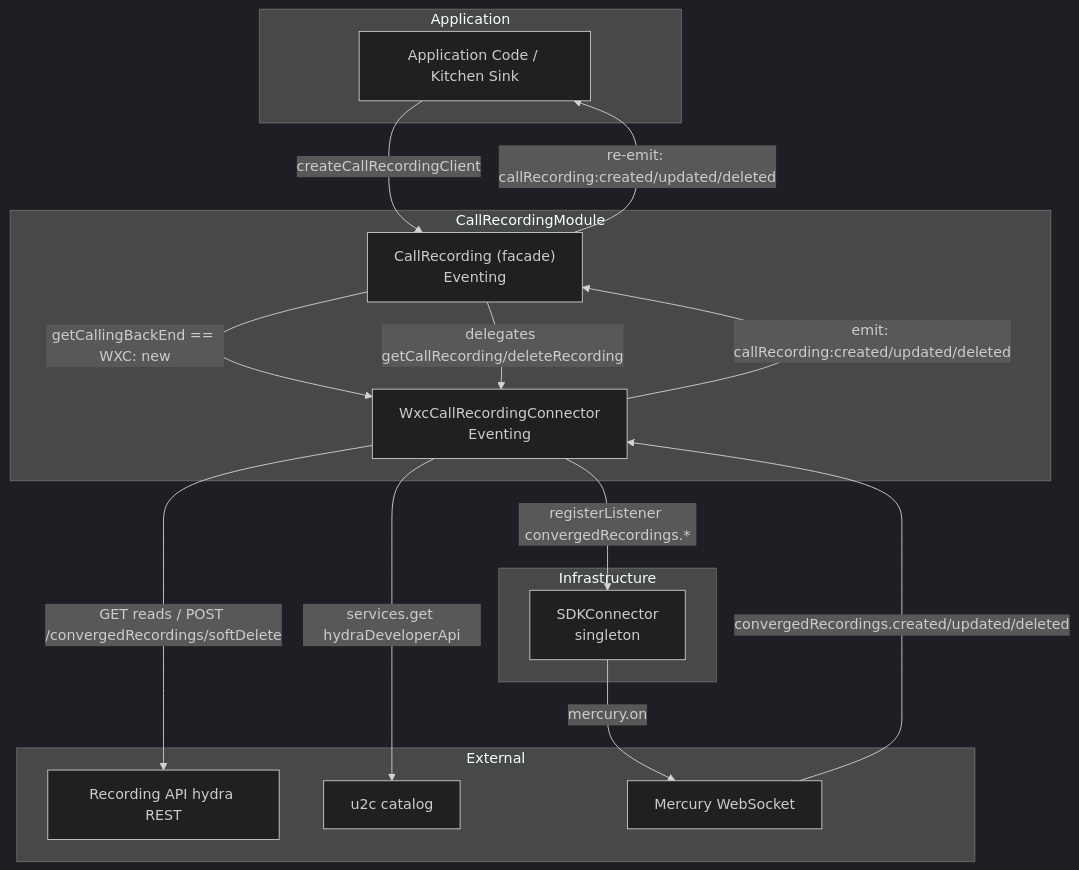
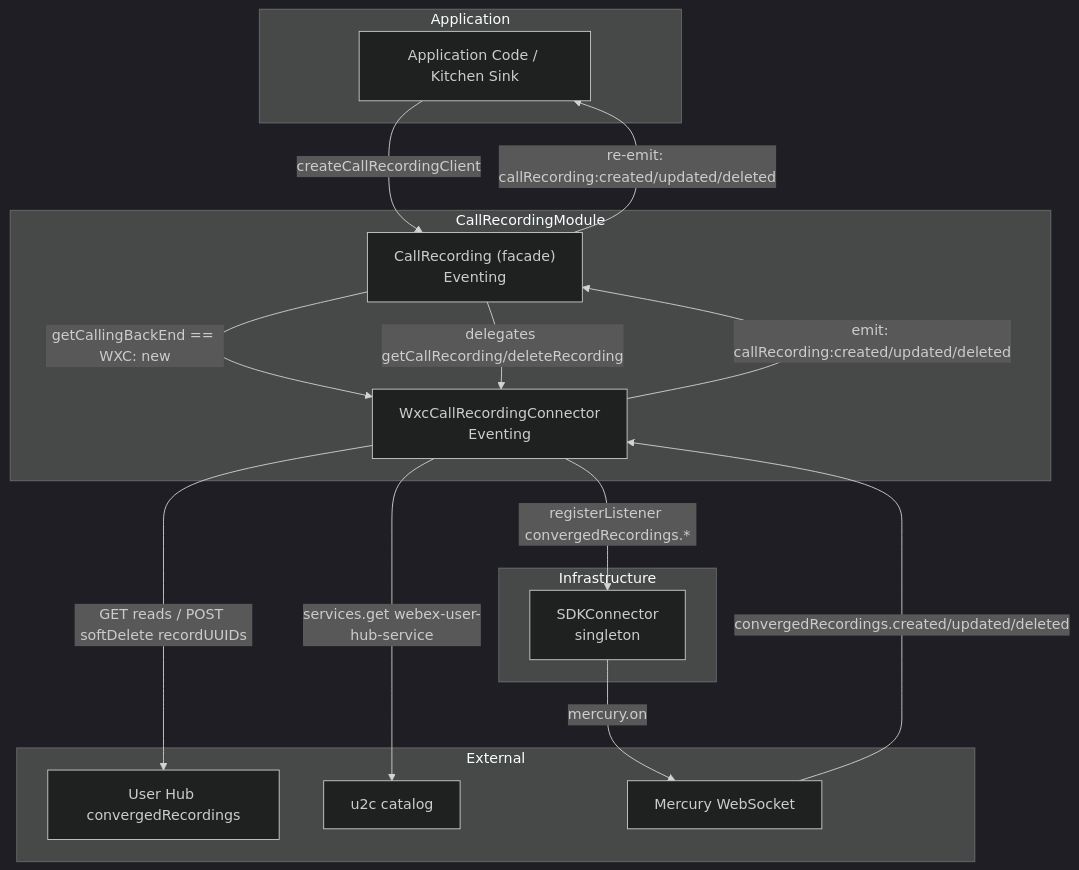
One commit to webex/webex-js-sdk changed the first of 6 diagrams in packages/calling/src/CallRecording/ai-docs/ARCHITECTURE.md. Above: the diagram before and after it, drawn with Mermaid (dark theme). The commit also changed other lines of this file and 15 other files, not shown here.

Commit message:
feat(calling): read call recordings from User Hub (#5317)

````diff
--- a/packages/calling/src/CallRecording/ai-docs/ARCHITECTURE.md
+++ b/packages/calling/src/CallRecording/ai-docs/ARCHITECTURE.md
@@ -62,33 +64,33 @@
 ```mermaid
 flowchart TB
     subgraph Application
         App[Application Code / Kitchen Sink]
     end
 
     subgraph CallRecordingModule
         CR["CallRecording (facade)\nEventing<CallRecordingEventTypes>"]
         WC["WxcCallRecordingConnector\nEventing<CallRecordingEventTypes>"]
     end
 
     subgraph Infrastructure
         SDK["SDKConnector\nsingleton"]
     end
 
     subgraph External
-        WxApp[Recording API hydra REST]
+        WxApp[User Hub convergedRecordings]
         Catalog[u2c catalog]
         Mercury[Mercury WebSocket]
     end
 
     App -->|createCallRecordingClient| CR
     CR -->|getCallingBackEnd == WXC: new| WC
     CR -->|delegates getCallRecording/deleteRecording| WC
-    WC -->|services.get hydraDeveloperApi| Catalog
-    WC -->|GET reads / POST /convergedRecordings/softDelete| WxApp
+    WC -->|services.get webex-user-hub-service| Catalog
+    WC -->|GET reads / POST softDelete recordUUIDs| WxApp
 
     WC -->|registerListener convergedRecordings.*| SDK
     SDK -->|mercury.on| Mercury
     Mercury -->|convergedRecordings.created/updated/deleted| WC
     WC -->|emit: callRecording:created/updated/deleted| CR
     CR -->|re-emit: callRecording:created/updated/deleted| App
 ```
````
